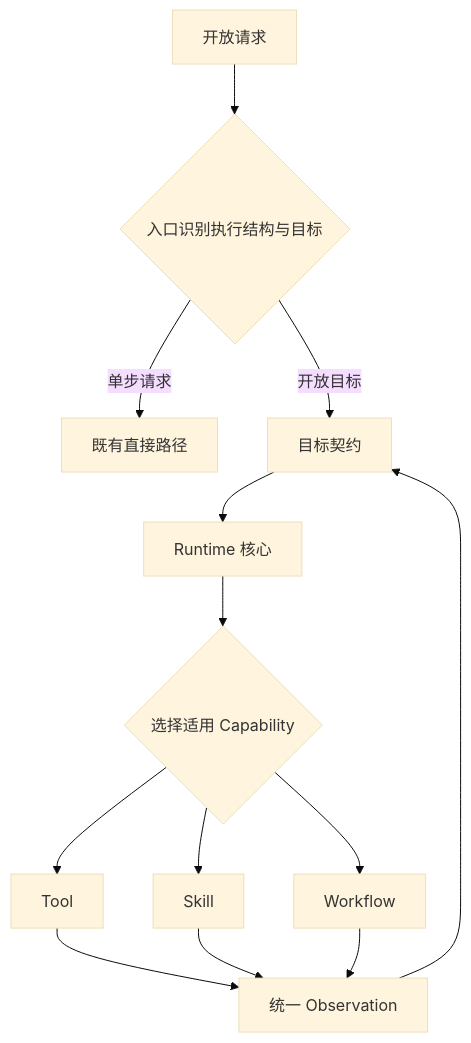
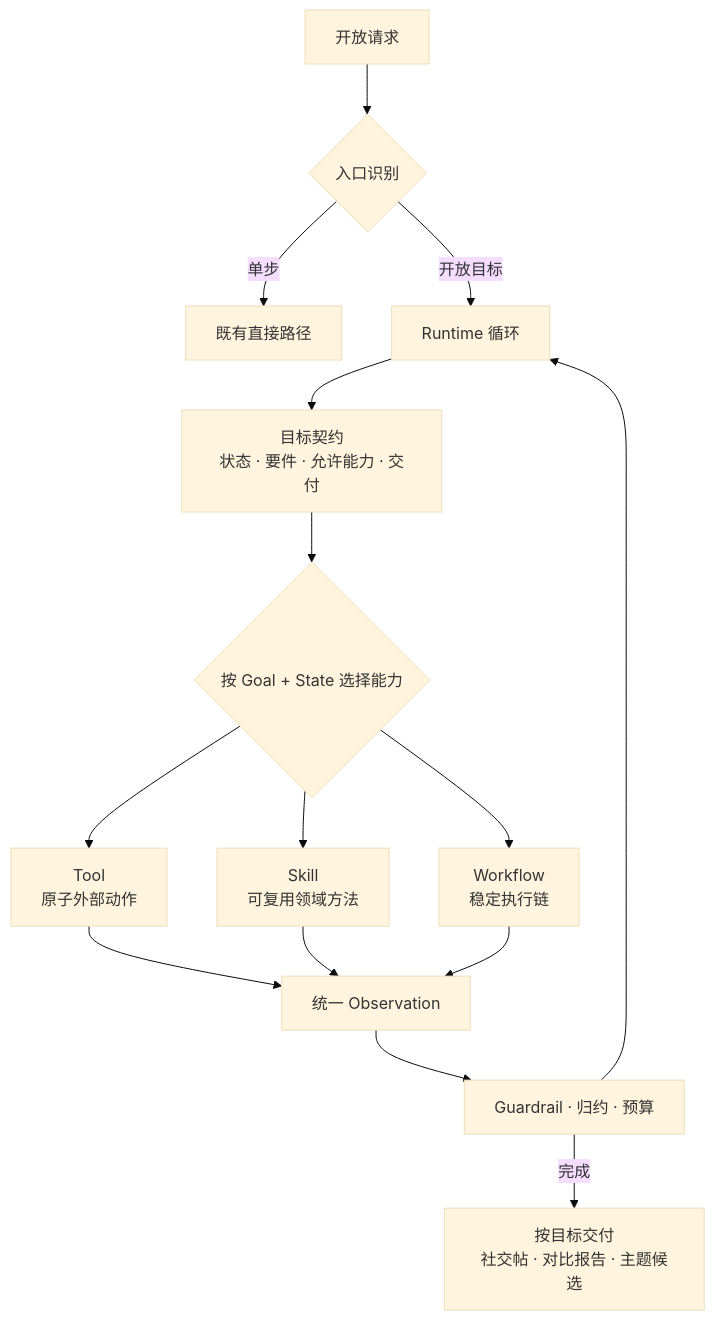
One commit to pancake-lee/photo-agent changed the second of 4 diagrams in docs/design/architecture/05-photo-agent-v3-capability-system.md. Above: the diagram before and after it, drawn with Mermaid (base theme). The commit also changed other lines of this file and 5 other files, not shown here.

````diff
--- a/docs/design/architecture/05-photo-agent-v3-capability-system.md
+++ b/docs/design/architecture/05-photo-agent-v3-capability-system.md
@@ -34,15 +35,17 @@
 ```mermaid
 flowchart TD
-    Q[开放请求] --> R{入口识别执行结构与目标}
-    R -->|单步请求| D[既有直接路径]
-    R -->|开放目标| G[目标契约]
-    G --> C[Runtime 核心]
-    C --> S{选择适用 Capability}
-    S --> T[Tool]
-    S --> K[Skill]
-    S --> W[Workflow]
+    Q[开放请求] --> R{入口识别}
+    R -->|单步| D[既有直接路径]
+    R -->|开放目标| G[Runtime 循环]
+    G --> S[目标契约<br/>状态 · 要件 · 允许能力 · 交付]
+    S --> C{按 Goal + State 选择能力}
+    C --> T[Tool<br/>原子外部动作]
+    C --> K[Skill<br/>可复用领域方法]
+    C --> W[Workflow<br/>稳定执行链]
     T --> O[统一 Observation]
     K --> O
     W --> O
-    O --> G
+    O --> H[Guardrail · 归约 · 预算]
+    H --> G
+    H -->|完成| X[按目标交付<br/>社交帖 · 对比报告 · 主题候选]
 ```
````
